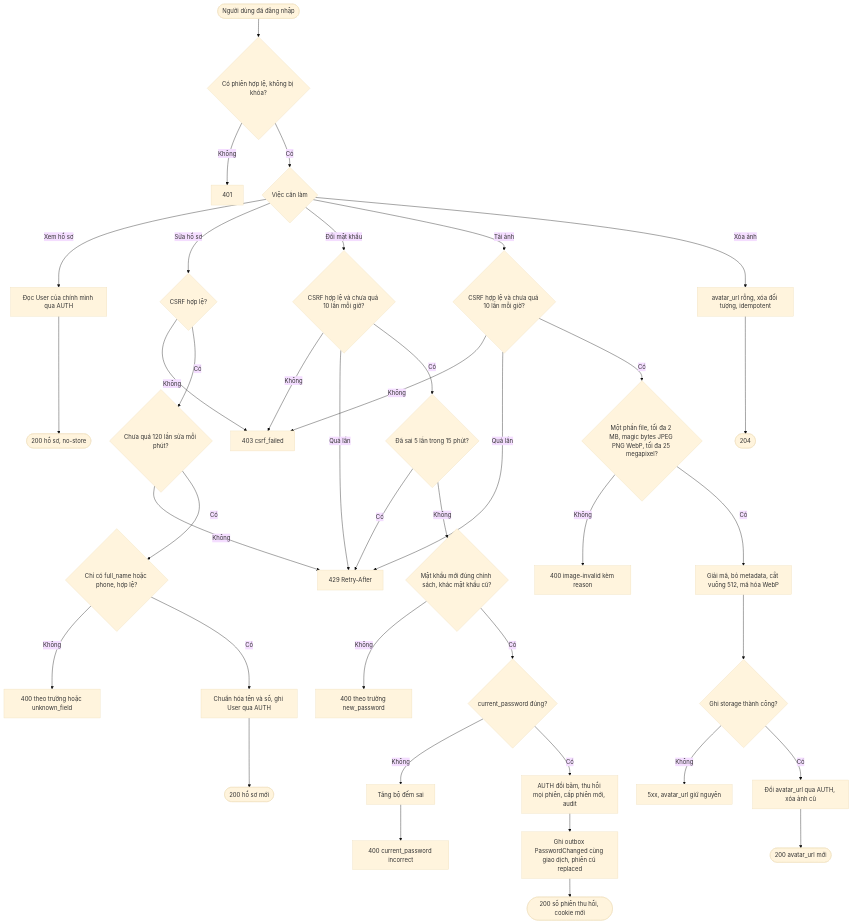
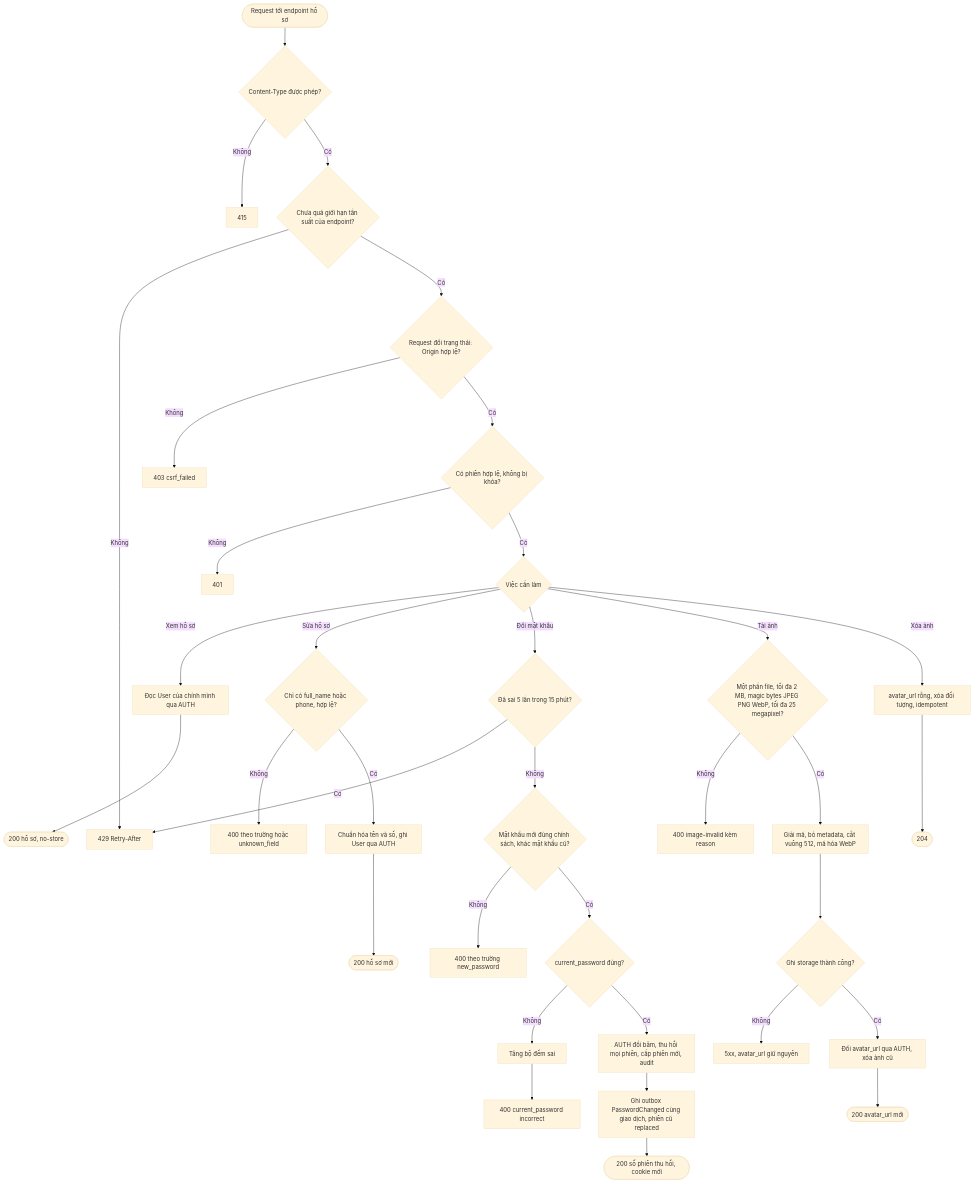
The first of 3 diagrams in spec/epics/USR/flows/USR-FLOW-20261006-101004210.md (bvminh-dev/Min-SDLC), drawn with Mermaid (base theme) before and after one commit. The commit also changed other lines of this file and 224 other files, not shown here.

````diff
--- a/spec/epics/USR/flows/USR-FLOW-20261006-101004210.md
+++ b/spec/epics/USR/flows/USR-FLOW-20261006-101004210.md
@@ -12,41 +12,37 @@
 ```mermaid
 flowchart TD
-    A([Người dùng đã đăng nhập]) --> B{Có phiên hợp lệ, không bị khóa?}
+    A([Request tới endpoint hồ sơ]) --> B0{Content-Type được phép?}
+    B0 -- Không --> E415[415]
+    B0 -- Có --> B1{Chưa quá giới hạn tần suất của endpoint?}
+    B1 -- Không --> E429a[429 Retry-After]
+    B1 -- Có --> B2{Request đổi trạng thái: Origin hợp lệ?}
+    B2 -- Không --> E403[403 csrf_failed]
+    B2 -- Có --> B{Có phiên hợp lệ, không bị khóa?}
     B -- Không --> E401[401]
     B -- Có --> C{Việc cần làm}
     C -- Xem hồ sơ --> V1[Đọc User của chính mình qua AUTH]
     V1 --> Z1([200 hồ sơ, no-store])
-    C -- Sửa hồ sơ --> S0{CSRF hợp lệ?}
-    S0 -- Không --> E403[403 csrf_failed]
-    S0 -- Có --> S00{Chưa quá 120 lần sửa mỗi phút?}
-    S00 -- Không --> E429a
-    S00 -- Có --> S1{Chỉ có full_name hoặc phone, hợp lệ?}
+    C -- Sửa hồ sơ --> S1{Chỉ có full_name hoặc phone, hợp lệ?}
     S1 -- Không --> E400a[400 theo trường hoặc unknown_field]
     S1 -- Có --> S2[Chuẩn hóa tên và số, ghi User qua AUTH]
     S2 --> Z2([200 hồ sơ mới])
-    C -- Đổi mật khẩu --> P0{CSRF hợp lệ và chưa quá 10 lần mỗi giờ?}
-    P0 -- Không --> E403
-    P0 -- Quá lần --> E429a[429 Retry-After]
-    P0 -- Có --> P1{Đã sai 5 lần trong 15 phút?}
+    C -- Đổi mật khẩu --> P1{Đã sai 5 lần trong 15 phút?}
     P1 -- Có --> E429a
     P1 -- Không --> P2{Mật khẩu mới đúng chính sách, khác mật khẩu cũ?}
     P2 -- Không --> E400b[400 theo trường new_password]
     P2 -- Có --> P3{current_password đúng?}
     P3 -- Không --> P4[Tăng bộ đếm sai]
     P4 --> E400c[400 current_password incorrect]
     P3 -- Có --> P5[AUTH đổi băm, thu hồi mọi phiên, cấp phiên mới, audit]
     P5 --> P6[Ghi outbox PasswordChanged cùng giao dịch, phiên cũ replaced]
     P6 --> Z3([200 số phiên thu hồi, cookie mới])
-    C -- Tải ảnh --> U0{CSRF hợp lệ và chưa quá 10 lần mỗi giờ?}
-    U0 -- Không --> E403
-    U0 -- Quá lần --> E429a
-    U0 -- Có --> U1{Một phần file, tối đa 2 MB, magic bytes JPEG PNG WebP, tối đa 25 megapixel?}
+    C -- Tải ảnh --> U1{Một phần file, tối đa 2 MB, magic bytes JPEG PNG WebP, tối đa 25 megapixel?}
     U1 -- Không --> E400d[400 image-invalid kèm reason]
     U1 -- Có --> U2[Giải mã, bỏ metadata, cắt vuông 512, mã hóa WebP]
     U2 --> U3{Ghi storage thành công?}
     U3 -- Không --> E5xx[5xx, avatar_url giữ nguyên]
     U3 -- Có --> U4[Đổi avatar_url qua AUTH, xóa ảnh cũ]
     U4 --> Z4([200 avatar_url mới])
     C -- Xóa ảnh --> D1[avatar_url rỗng, xóa đối tượng, idempotent]
     D1 --> Z5([204])
 ```
````
